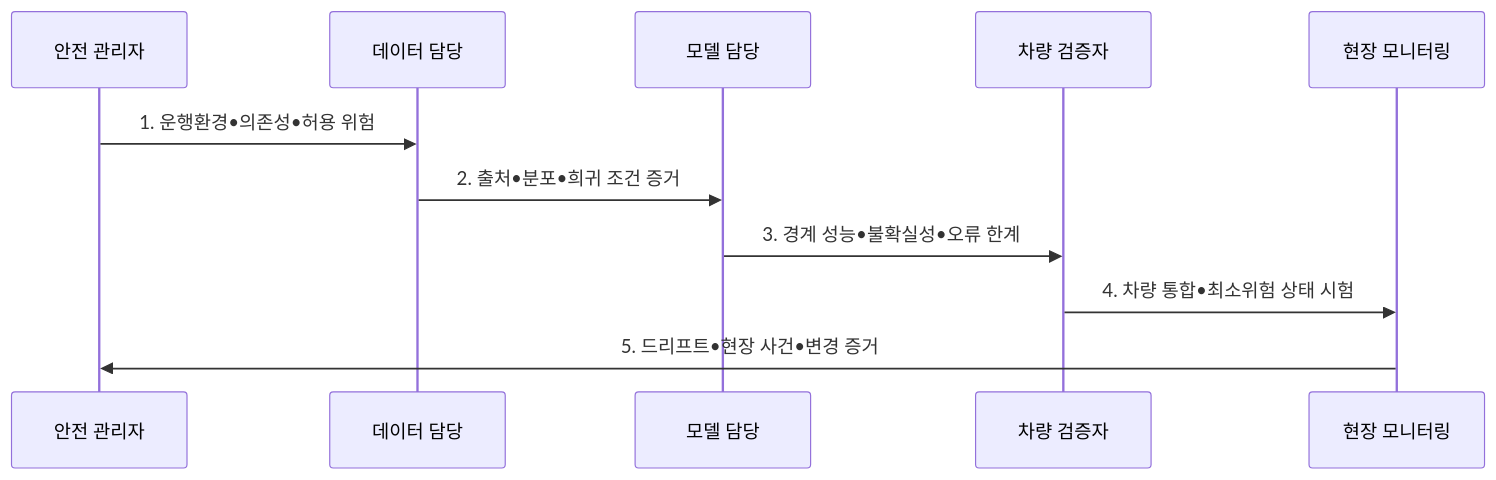
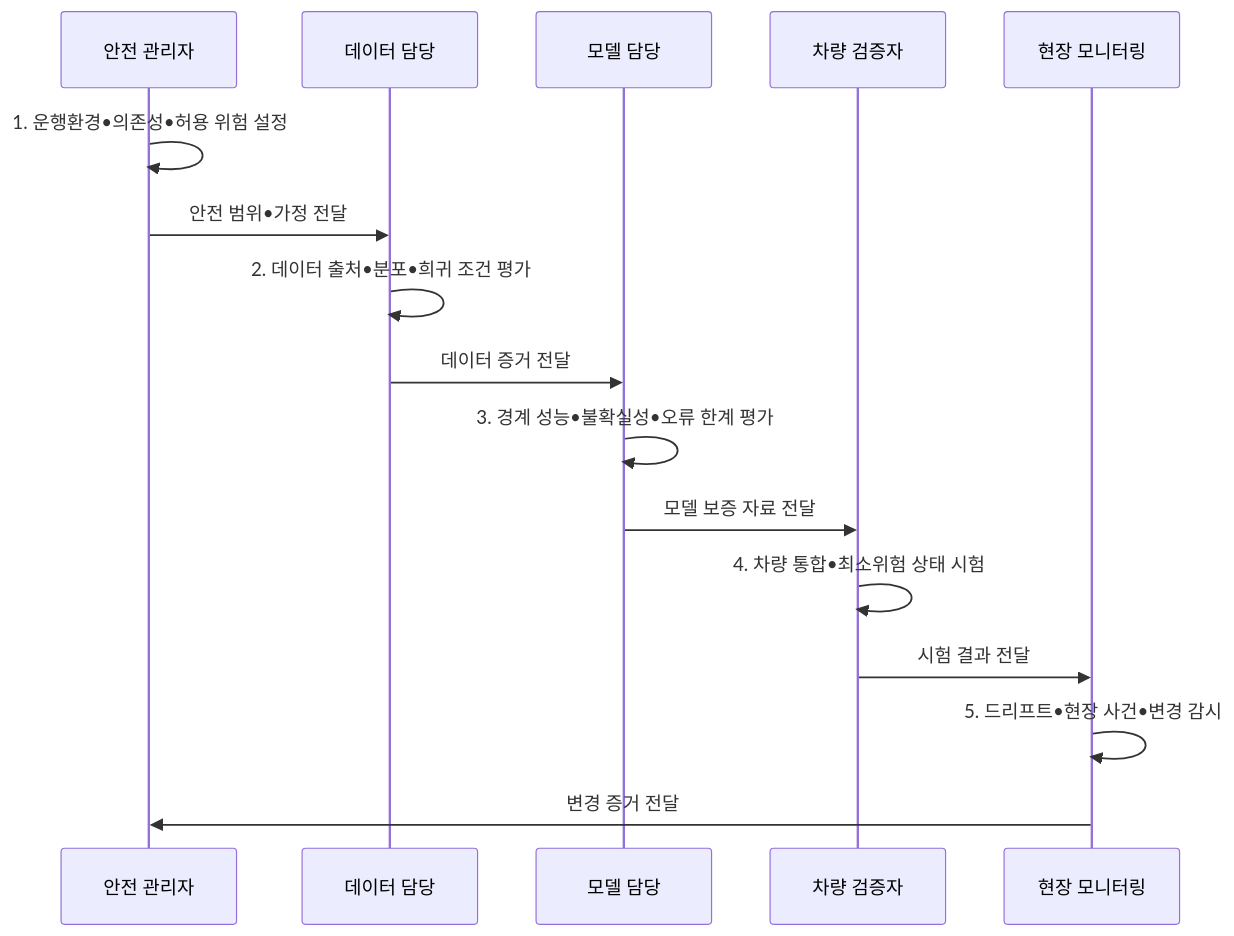
The second of 2 diagrams in src/content/docs/notes/05-security/135_iso_pas_8800.md (agnusdei1207/knowledge-base), drawn with Mermaid before and after one commit. The commit also changed other lines of this file and 19 other files, not shown here.

````diff
--- a/src/content/docs/notes/05-security/135_iso_pas_8800.md
+++ b/src/content/docs/notes/05-security/135_iso_pas_8800.md
@@ -102,13 +102,18 @@
 ```mermaid
 sequenceDiagram
   participant S as 안전 관리자
   participant D as 데이터 담당
   participant M as 모델 담당
   participant V as 차량 검증자
   participant O as 현장 모니터링
-  S->>D: 1. 운행환경•의존성•허용 위험
-  D->>M: 2. 출처•분포•희귀 조건 증거
-  M->>V: 3. 경계 성능•불확실성•오류 한계
-  V->>O: 4. 차량 통합•최소위험 상태 시험
-  O->>S: 5. 드리프트•현장 사건•변경 증거
+  S->>S: 1. 운행환경•의존성•허용 위험 설정
+  S->>D: 안전 범위•가정 전달
+  D->>D: 2. 데이터 출처•분포•희귀 조건 평가
+  D->>M: 데이터 증거 전달
+  M->>M: 3. 경계 성능•불확실성•오류 한계 평가
+  M->>V: 모델 보증 자료 전달
+  V->>V: 4. 차량 통합•최소위험 상태 시험
+  V->>O: 시험 결과 전달
+  O->>O: 5. 드리프트•현장 사건•변경 감시
+  O->>S: 변경 증거 전달
 ```
````
